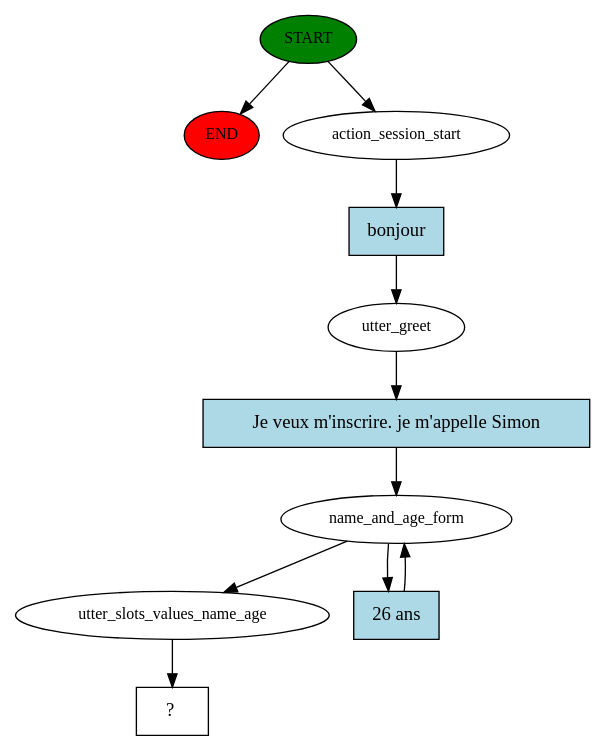
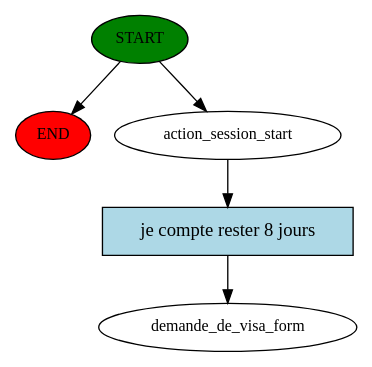
One commit to Pauline-25/rasa changed the diagram in story_graph.dot. Above: the diagram before and after it, drawn with Graphviz. The commit also changed 6 other files, not shown here.

```diff
--- a/story_graph.dot
+++ b/story_graph.dot
@@ -1,22 +1,11 @@
 digraph  {
 0 [class="start active", fillcolor=green, fontsize=12, label=START, style=filled];
 "-1" [class=end, fillcolor=red, fontsize=12, label=END, style=filled];
 1 [class=active, fontsize=12, label=action_session_start];
-2 [class=active, fontsize=12, label=utter_greet];
-3 [class=active, fontsize=12, label=name_and_age_form];
-5 [class=active, fontsize=12, label=utter_slots_values_name_age];
-6 [class="intent dashed active", label="  ?  ", shape=rect];
-7 [class="intent active", fillcolor=lightblue, label=bonjour, shape=rect, style=filled];
-8 [class="intent active", fillcolor=lightblue, label="Je veux m'inscrire. je m'appelle Simon", shape=rect, style=filled];
-9 [class="intent active", fillcolor=lightblue, label="26 ans", shape=rect, style=filled];
+2 [class="dashed active", fontsize=12, label=demande_de_visa_form];
+3 [class="intent active", fillcolor=lightblue, label="je compte rester 8 jours", shape=rect, style=filled];
 0 -> "-1"  [class="", key=NONE, label=""];
 0 -> 1  [class=active, key=NONE, label=""];
-1 -> 7  [class=active, key=0];
-2 -> 8  [class=active, key=0];
-3 -> 5  [class=active, key=NONE, label=""];
-3 -> 9  [class=active, key=0];
-5 -> 6  [class=active, key=NONE, label=""];
-7 -> 2  [class=active, key=0];
-8 -> 3  [class=active, key=0];
-9 -> 3  [class=active, key=0];
+1 -> 3  [class=active, key=0];
+3 -> 2  [class=active, key=0];
 }
```
